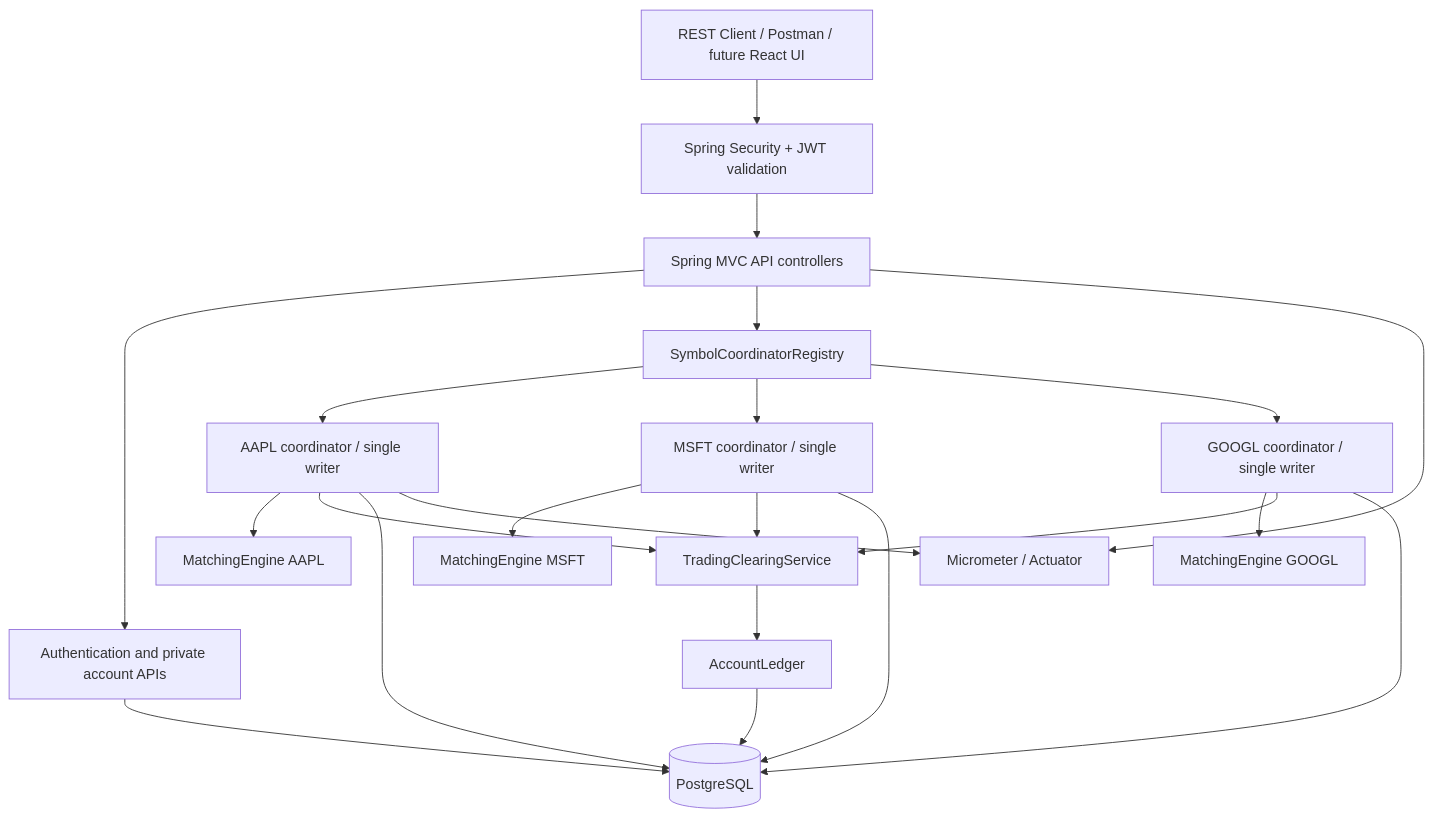
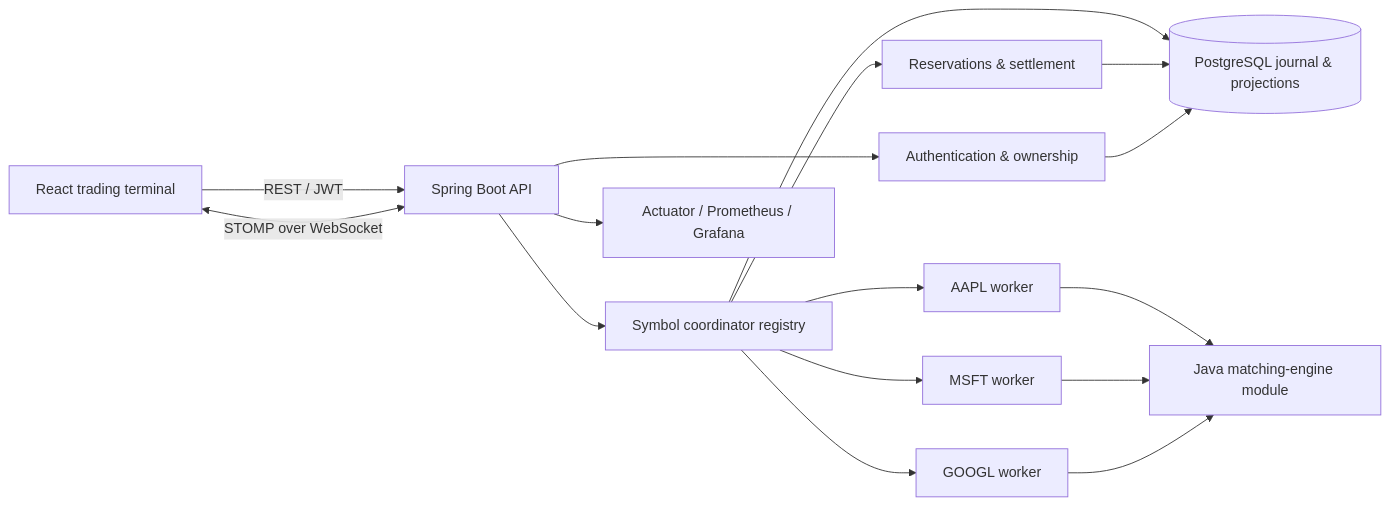
The diagram in README.md (Akasherf/ExchangeX), drawn with Mermaid before and after one commit. The commit also changed other lines of this file, not shown here.

Commit message:
docs: publish accurate interviewer-ready architecture and quickstart README

````diff
--- a/README.md
+++ b/README.md
@@ -101,25 +43,18 @@
 ```mermaid
-flowchart TB
-    Client[REST Client / Postman / future React UI]
-    Client --> Sec[Spring Security + JWT validation]
-    Sec --> API[Spring MVC API controllers]
-    API --> Auth[Authentication and private account APIs]
-    API --> Reg[SymbolCoordinatorRegistry]
-    Reg --> A[AAPL coordinator / single writer]
-    Reg --> M[MSFT coordinator / single writer]
-    Reg --> G[GOOGL coordinator / single writer]
-    A --> E1[MatchingEngine AAPL]
-    M --> E2[MatchingEngine MSFT]
-    G --> E3[MatchingEngine GOOGL]
-    A --> Clear[TradingClearingService]
-    M --> Clear
-    G --> Clear
-    Clear --> Ledger[AccountLedger]
-    A --> DB[(PostgreSQL)]
-    M --> DB
-    G --> DB
-    Ledger --> DB
-    Auth --> DB
-    API --> Obs[Micrometer / Actuator]
-    A --> Obs
+flowchart LR
+    UI["React trading terminal"] -->|REST / JWT| API["Spring Boot API"]
+    UI <-->|STOMP over WebSocket| API
+    API --> AUTH["Authentication & ownership"]
+    API --> REG["Symbol coordinator registry"]
+    REG --> A["AAPL worker"]
+    REG --> M["MSFT worker"]
+    REG --> G["GOOGL worker"]
+    A --> ENG["Java matching-engine module"]
+    M --> ENG
+    G --> ENG
+    REG --> CLEAR["Reservations & settlement"]
+    REG --> DB[("PostgreSQL journal & projections")]
+    CLEAR --> DB
+    AUTH --> DB
+    API --> METRICS["Actuator / Prometheus / Grafana"]
 ```
````
